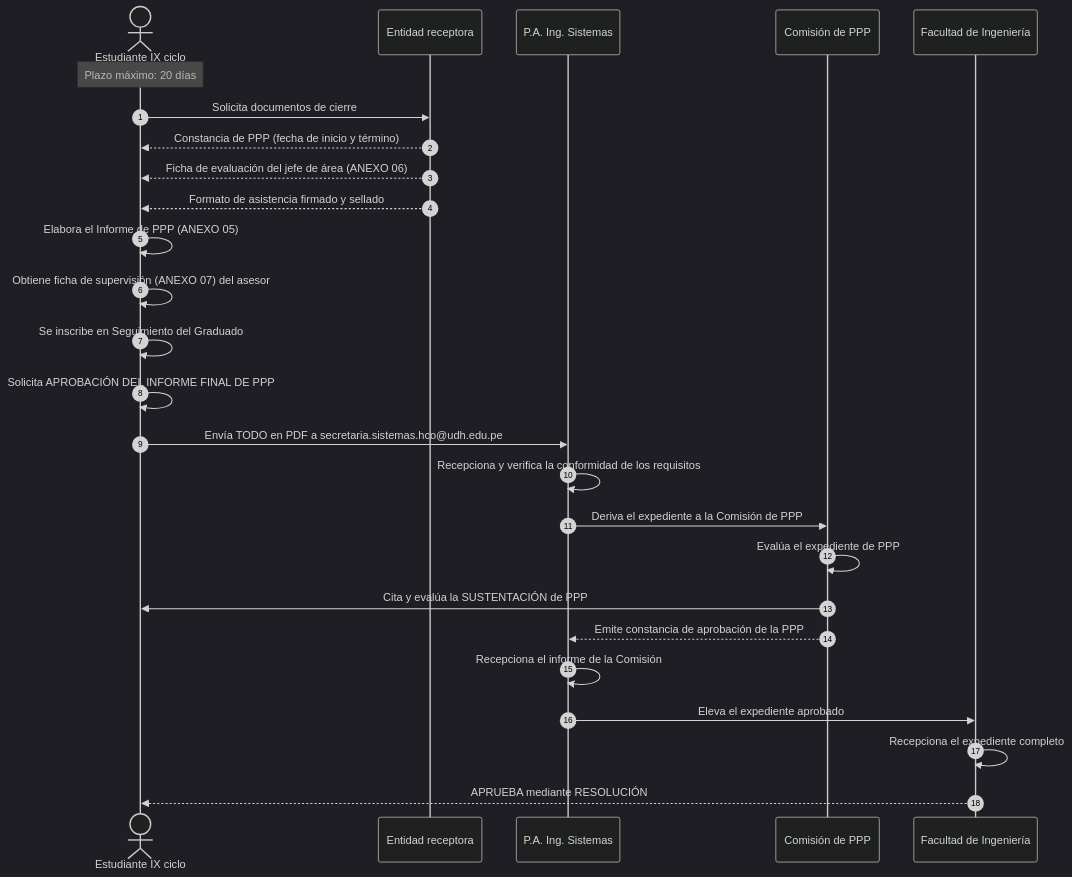
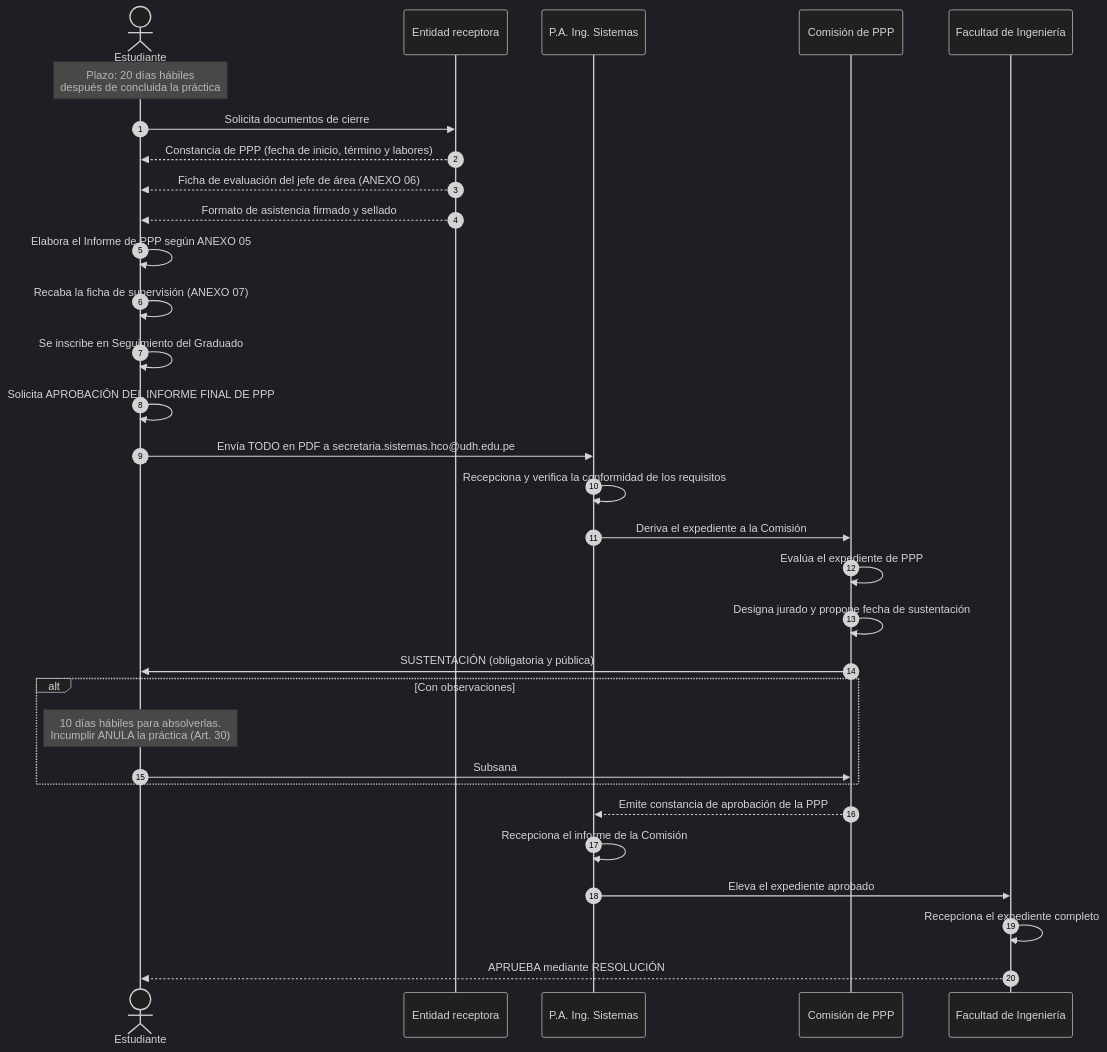
The fifth of 6 diagrams in procesoPPP.md (adlerOmonte1/RepositorioMD), drawn with Mermaid (dark theme) before and after one commit. The commit also changed other lines of this file, not shown here.

````diff
--- a/procesoPPP.md
+++ b/procesoPPP.md
@@ -143,35 +208,41 @@
 ```mermaid
 sequenceDiagram
     autonumber
-    actor EST as Estudiante IX ciclo
+    actor EST as Estudiante
     participant EMP as Entidad receptora
     participant PA as P.A. Ing. Sistemas
     participant COM as Comisión de PPP
     participant FAC as Facultad de Ingeniería
 
-    Note over EST: Plazo máximo: 20 días
+    Note over EST: Plazo: 20 días hábiles<br/>después de concluida la práctica
 
     EST->>EMP: Solicita documentos de cierre
-    EMP-->>EST: Constancia de PPP (fecha de inicio y término)
+    EMP-->>EST: Constancia de PPP (fecha de inicio, término y labores)
     EMP-->>EST: Ficha de evaluación del jefe de área (ANEXO 06)
     EMP-->>EST: Formato de asistencia firmado y sellado
-    EST->>EST: Elabora el Informe de PPP (ANEXO 05)
-    EST->>EST: Obtiene ficha de supervisión (ANEXO 07) del asesor
+    EST->>EST: Elabora el Informe de PPP según ANEXO 05
+    EST->>EST: Recaba la ficha de supervisión (ANEXO 07)
     EST->>EST: Se inscribe en Seguimiento del Graduado
 
     EST->>EST: Solicita APROBACIÓN DEL INFORME FINAL DE PPP
     EST->>PA: Envía TODO en PDF a secretaria.sistemas.hco@udh.edu.pe
 
     PA->>PA: Recepciona y verifica la conformidad de los requisitos
-    PA->>COM: Deriva el expediente a la Comisión de PPP
+    PA->>COM: Deriva el expediente a la Comisión
 
     COM->>COM: Evalúa el expediente de PPP
-    COM->>EST: Cita y evalúa la SUSTENTACIÓN de PPP
+    COM->>COM: Designa jurado y propone fecha de sustentación
+    COM->>EST: SUSTENTACIÓN (obligatoria y pública)
+
+    alt Con observaciones
+        Note over EST: 10 días hábiles para absolverlas.<br/>Incumplir ANULA la práctica (Art. 30)
+        EST->>COM: Subsana
+    end
+
     COM-->>PA: Emite constancia de aprobación de la PPP
-
     PA->>PA: Recepciona el informe de la Comisión
     PA->>FAC: Eleva el expediente aprobado
 
     FAC->>FAC: Recepciona el expediente completo
     FAC-->>EST: APRUEBA mediante RESOLUCIÓN
 ```
````
